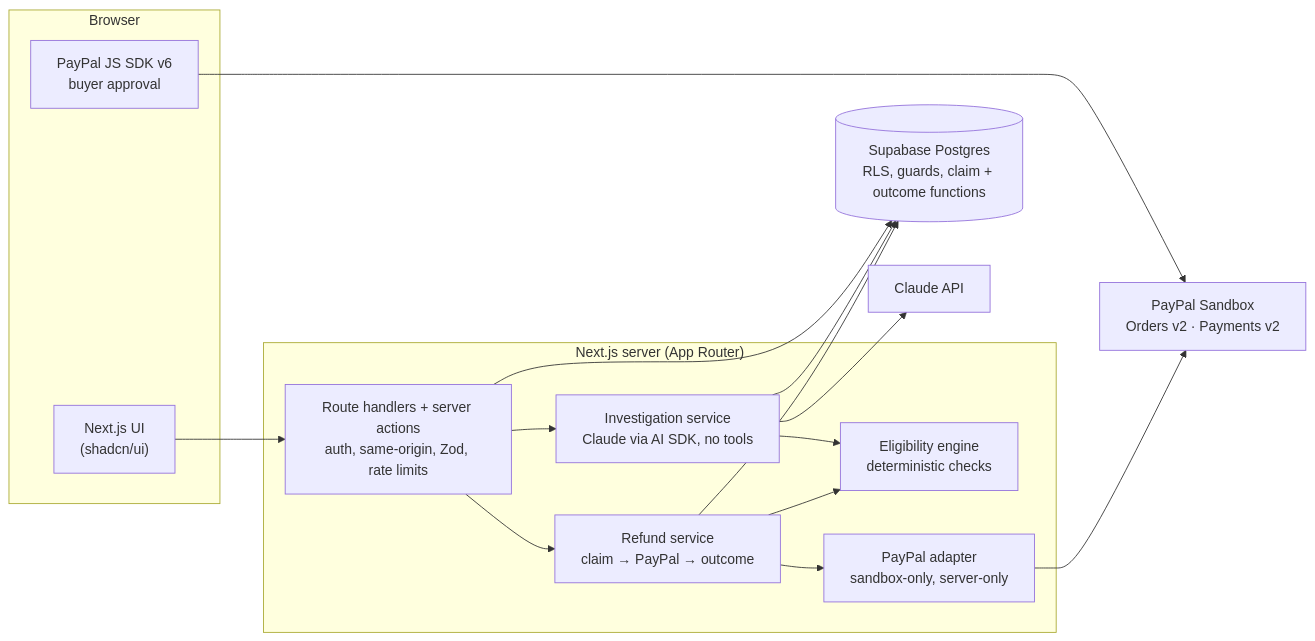
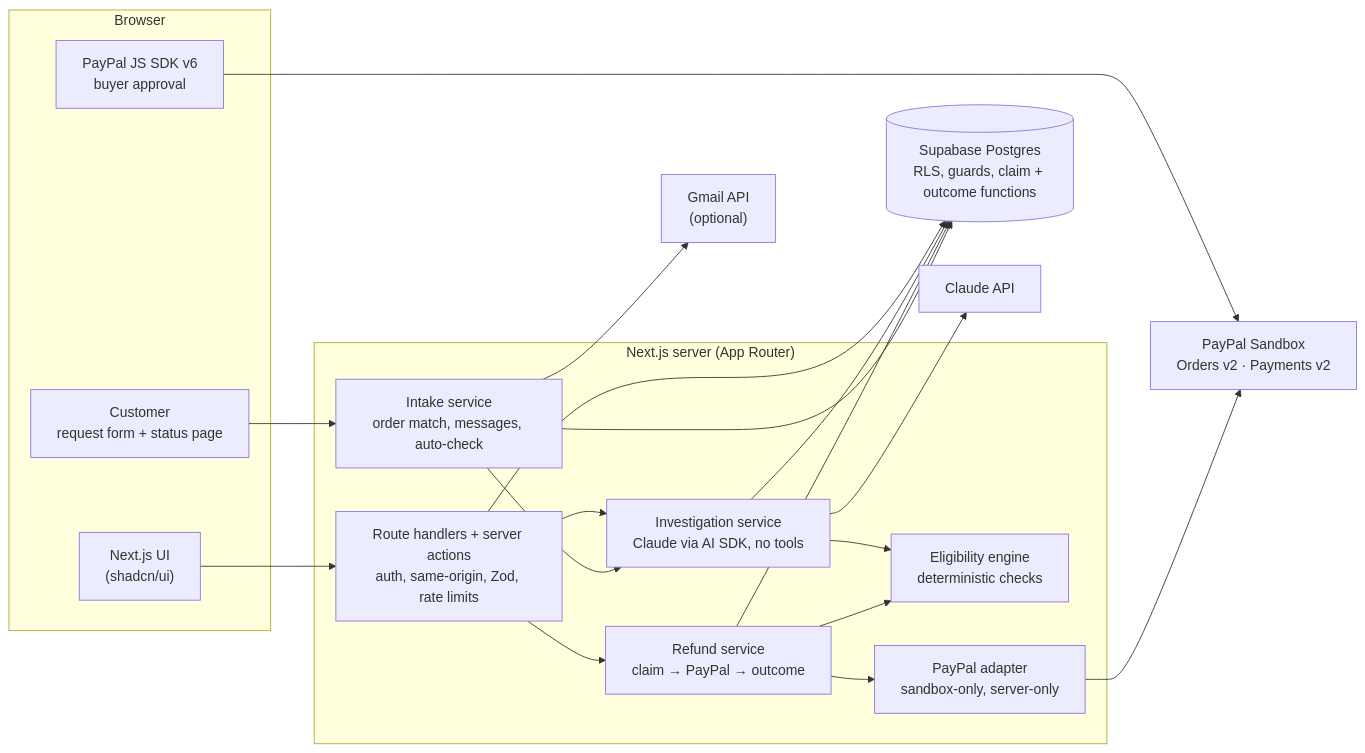
One commit to orbitratechnology/settlix changed the diagram in README.md. Above: the diagram before and after it, drawn with Mermaid. The commit also changed other lines of this file and 3 other files, not shown here.

First line of the commit message:
Phase 9: customer request form, status page, and optional Gmail

````diff
--- a/README.md
+++ b/README.md
@@ -75,27 +94,34 @@
 ```mermaid
 flowchart LR
   subgraph Browser
     UI["Next.js UI<br/>(shadcn/ui)"]
     SDK["PayPal JS SDK v6<br/>buyer approval"]
+    CUST["Customer<br/>request form + status page"]
   end
   subgraph Server["Next.js server (App Router)"]
     API["Route handlers + server actions<br/>auth, same-origin, Zod, rate limits"]
     AI["Investigation service<br/>Claude via AI SDK, no tools"]
     ENG["Eligibility engine<br/>deterministic checks"]
     REF["Refund service<br/>claim → PayPal → outcome"]
     PP["PayPal adapter<br/>sandbox-only, server-only"]
+    INT["Intake service<br/>order match, messages, auto-check"]
   end
   DB[("Supabase Postgres<br/>RLS, guards, claim + outcome functions")]
   CL["Claude API"]
   PAY["PayPal Sandbox<br/>Orders v2 · Payments v2"]
+  GM["Gmail API<br/>(optional)"]
 
   UI --> API
   SDK --> PAY
   API --> AI --> CL
   AI --> ENG
   API --> REF --> ENG
   REF --> PP --> PAY
   API --> DB
   AI --> DB
   REF --> DB
+  CUST --> INT
+  INT --> AI
+  INT --> DB
+  INT --> GM
 ```
````
